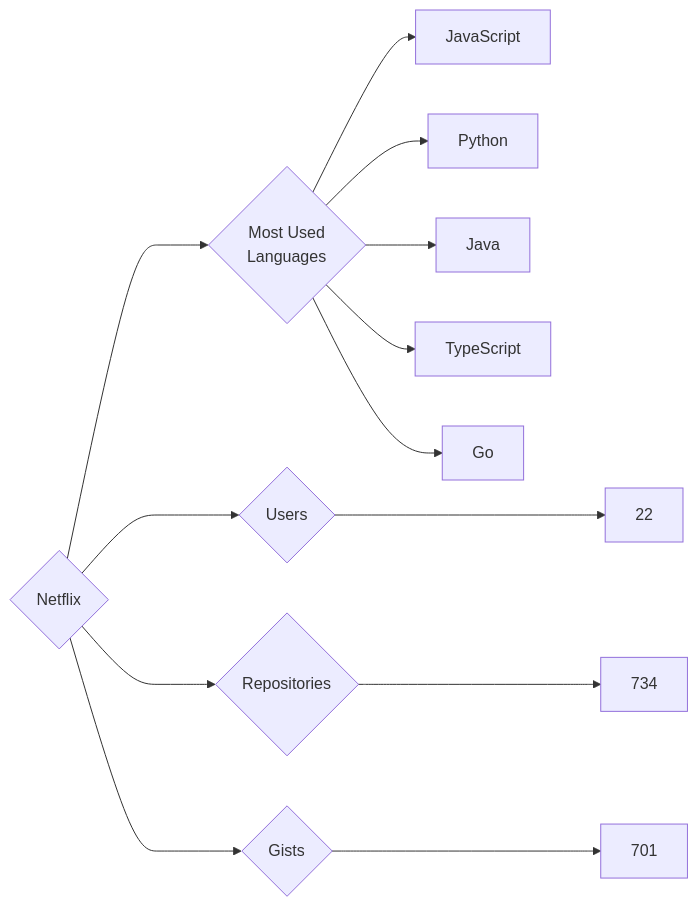
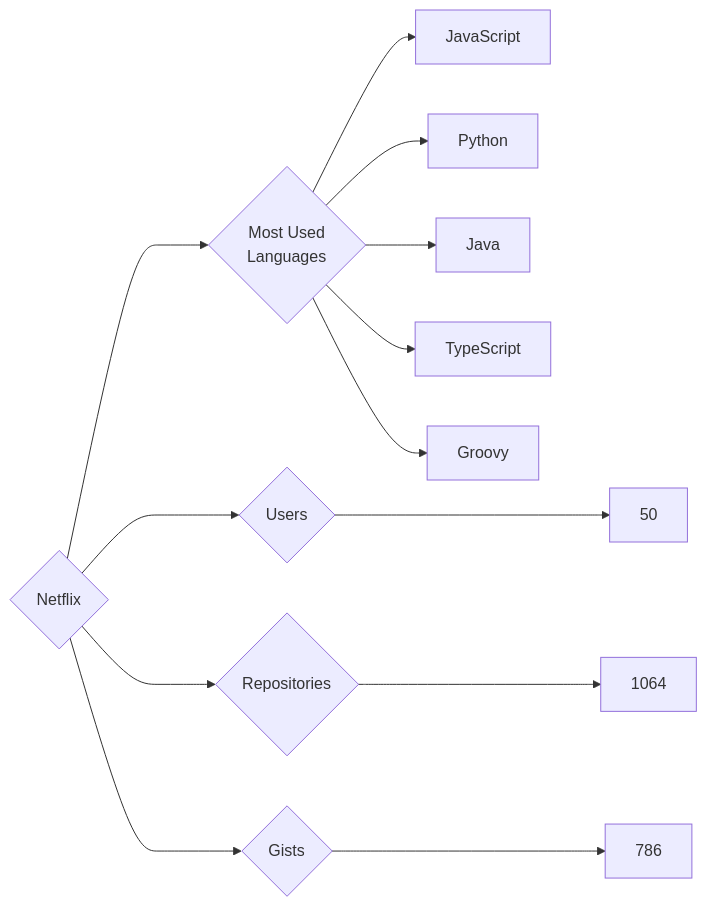
Before and after one commit to trickest/insiders: the diagram in targets/Netflix/README.md, drawn with Mermaid. The commit also changed 748 other files, not shown here.

````diff
--- a/targets/Netflix/README.md
+++ b/targets/Netflix/README.md
@@ -3,13 +3,13 @@
 ```mermaid
 graph LR
 COMPANY_NAME{Netflix}
-COMPANY_NAME ---> U{Users} ---> UN[22]
-COMPANY_NAME ---> R{Repositories} ---> RN[734]
-COMPANY_NAME ---> G{Gists} ---> GN[701]
+COMPANY_NAME ---> U{Users} ---> UN[50]
+COMPANY_NAME ---> R{Repositories} ---> RN[1064]
+COMPANY_NAME ---> G{Gists} ---> GN[786]
 COMPANY_NAME ---> ML{Most Used<br>Languages}
 ML --> JavaScript[JavaScript]
 ML --> Python[Python]
 ML --> Java[Java]
 ML --> TypeScript[TypeScript]
-ML --> Go[Go]
+ML --> Groovy[Groovy]
 ```
````
